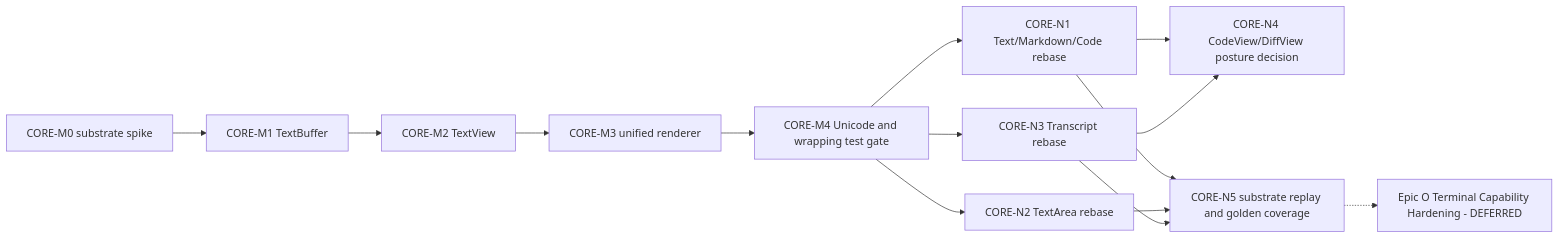
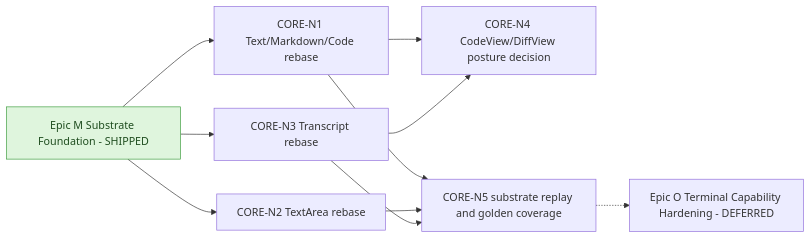
One commit to openkraken-ai/kraken-tui changed the first of 2 diagrams in docs/Tasks.md. Above: the diagram before and after it, drawn with Mermaid. The commit also changed other lines of this file and 15 other files, not shown here.

First line of the commit message:
feat(substrate): ship Epic M — Native Text Substrate (CORE-M0..M4) (#35)

````diff
--- a/docs/Tasks.md
+++ b/docs/Tasks.md
@@ -45,17 +57,15 @@
 ```mermaid
 flowchart LR
-    M0[CORE-M0 substrate spike] --> M1[CORE-M1 TextBuffer]
-    M1 --> M2[CORE-M2 TextView]
-    M2 --> M3[CORE-M3 unified renderer]
-    M3 --> M4[CORE-M4 Unicode and wrapping test gate]
-    M4 --> N1[CORE-N1 Text/Markdown/Code rebase]
-    M4 --> N2[CORE-N2 TextArea rebase]
-    M4 --> N3[CORE-N3 Transcript rebase]
+    M[Epic M Substrate Foundation - SHIPPED]:::done
+    M --> N1[CORE-N1 Text/Markdown/Code rebase]
+    M --> N2[CORE-N2 TextArea rebase]
+    M --> N3[CORE-N3 Transcript rebase]
     N1 --> N4[CORE-N4 CodeView/DiffView posture decision]
     N3 --> N4
     N1 --> N5[CORE-N5 substrate replay and golden coverage]
     N2 --> N5
     N3 --> N5
     O[Epic O Terminal Capability Hardening - DEFERRED]
     N5 -.-> O
+    classDef done fill:#dff5dd,stroke:#3f9d3f,color:#1f4d1f;
 ```
````
